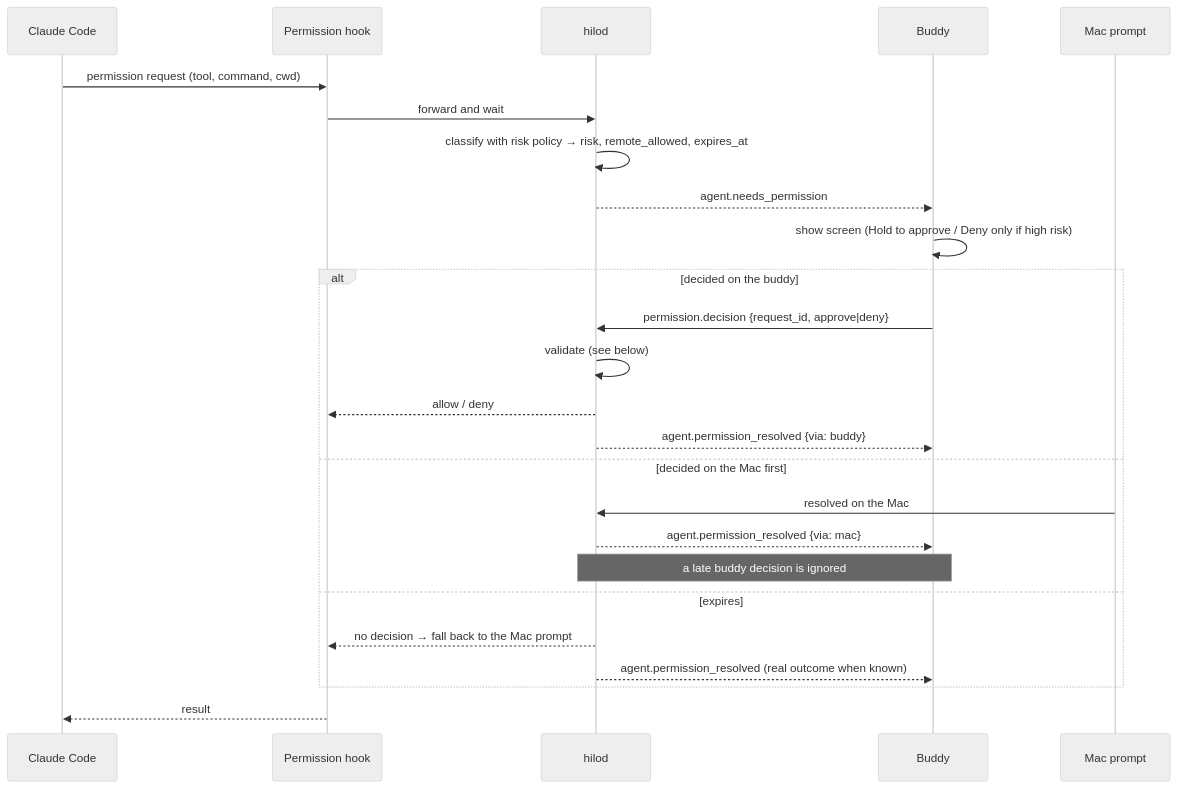
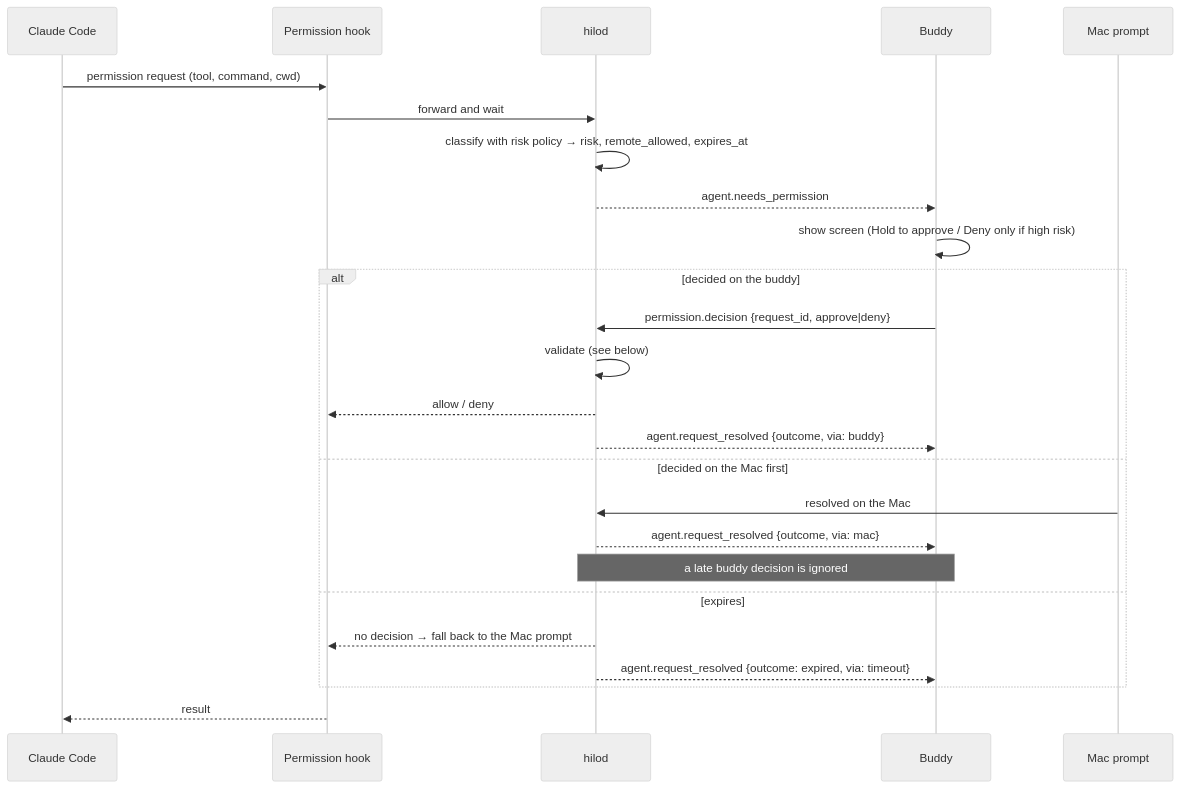
One commit to jaycorpstudios/clawd-body changed the first of 2 diagrams in docs/flows/remote-decision-flow.md. Above: the diagram before and after it, drawn with Mermaid (neutral theme). The commit also changed other lines of this file and 83 other files, not shown here.

````diff
--- a/docs/flows/remote-decision-flow.md
+++ b/docs/flows/remote-decision-flow.md
@@ -3,28 +3,28 @@
 ```mermaid
 sequenceDiagram
     participant CC as Claude Code
     participant H as Permission hook
     participant D as hilod
     participant B as Buddy
     participant M as Mac prompt
 
     CC->>H: permission request (tool, command, cwd)
     H->>D: forward and wait
     D->>D: classify with risk policy → risk, remote_allowed, expires_at
     D-->>B: agent.needs_permission
     B->>B: show screen (Hold to approve / Deny only if high risk)
     alt decided on the buddy
         B->>D: permission.decision {request_id, approve|deny}
         D->>D: validate (see below)
         D-->>H: allow / deny
-        D-->>B: agent.permission_resolved {via: buddy}
+        D-->>B: agent.request_resolved {outcome, via: buddy}
     else decided on the Mac first
         M->>D: resolved on the Mac
-        D-->>B: agent.permission_resolved {via: mac}
+        D-->>B: agent.request_resolved {outcome, via: mac}
         Note over B,D: a late buddy decision is ignored
     else expires
         D-->>H: no decision → fall back to the Mac prompt
-        D-->>B: agent.permission_resolved (real outcome when known)
+        D-->>B: agent.request_resolved {outcome: expired, via: timeout}
     end
     H-->>CC: result
 ```
````
